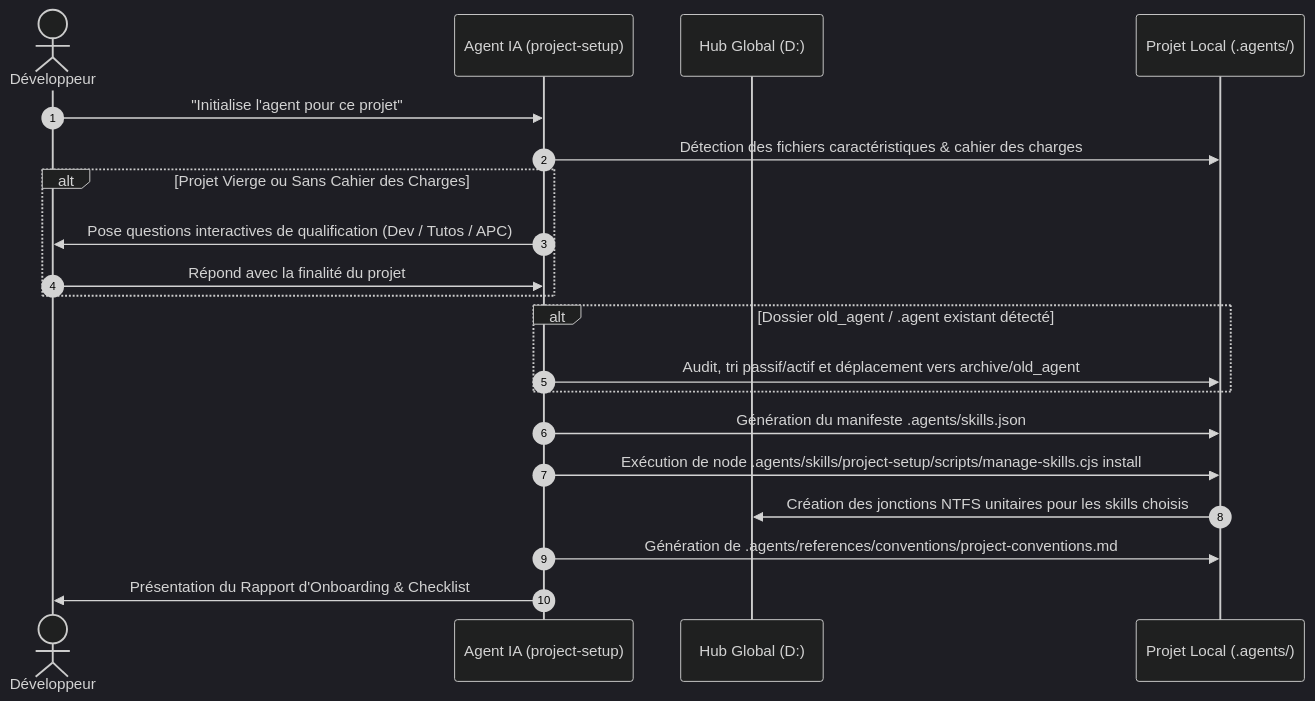
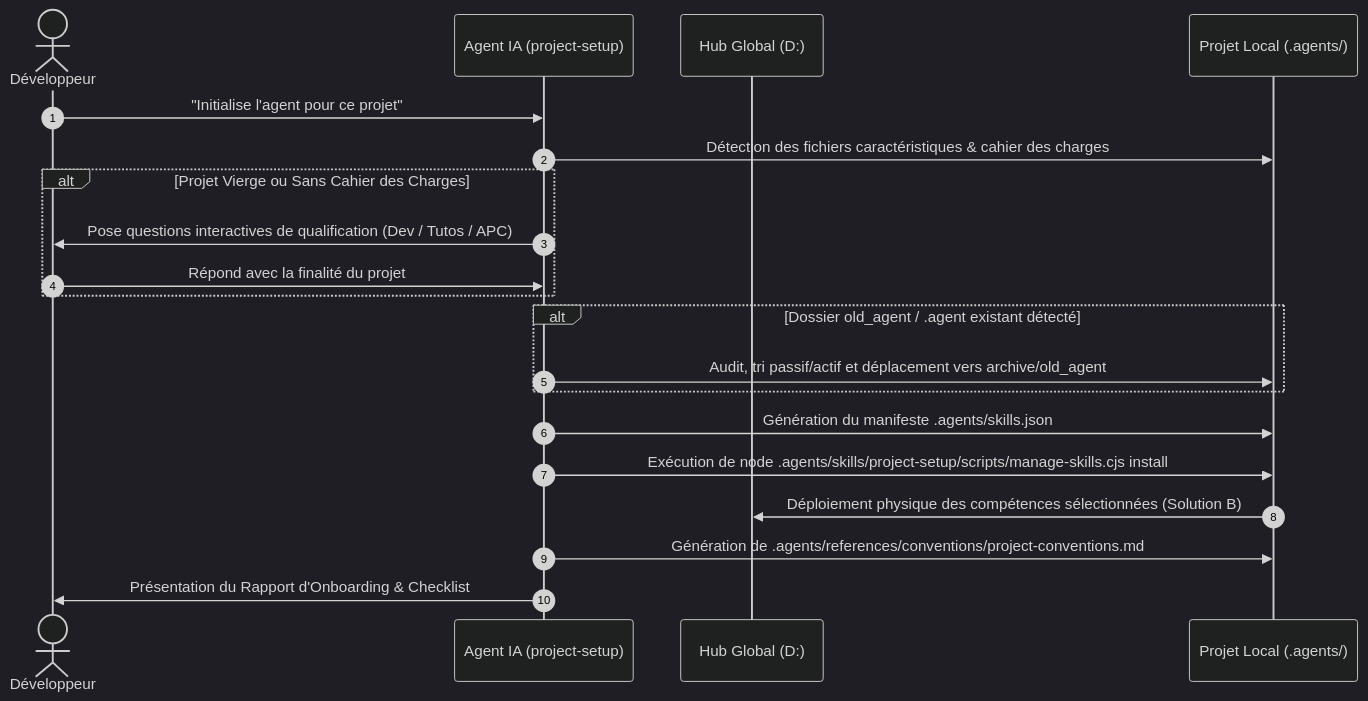
Before and after one commit to solicode-web-mobile/autoformations-web: the diagram in .agents/skills/project-setup/resources/onboarding-workflow.md, drawn with Mermaid (dark theme). The commit also changed other lines of this file and 6 other files, not shown here.

````diff
--- a/.agents/skills/project-setup/resources/onboarding-workflow.md
+++ b/.agents/skills/project-setup/resources/onboarding-workflow.md
@@ -54,23 +54,23 @@
 ```mermaid
 sequenceDiagram
     autonumber
     actor Dev as Développeur
     participant Agent as Agent IA (project-setup)
     participant Hub as Hub Global (D:)
     participant Local as Projet Local (.agents/)
 
     Dev->>Agent: "Initialise l'agent pour ce projet"
     Agent->>Local: Détection des fichiers caractéristiques & cahier des charges
     alt Projet Vierge ou Sans Cahier des Charges
         Agent->>Dev: Pose questions interactives de qualification (Dev / Tutos / APC)
         Dev->>Agent: Répond avec la finalité du projet
     end
     alt Dossier old_agent / .agent existant détecté
         Agent->>Local: Audit, tri passif/actif et déplacement vers archive/old_agent
     end
     Agent->>Local: Génération du manifeste .agents/skills.json
     Agent->>Local: Exécution de node .agents/skills/project-setup/scripts/manage-skills.cjs install
-    Local->>Hub: Création des jonctions NTFS unitaires pour les skills choisis
+    Local->>Hub: Déploiement physique des compétences sélectionnées (Solution B)
     Agent->>Local: Génération de .agents/references/conventions/project-conventions.md
     Agent->>Dev: Présentation du Rapport d'Onboarding & Checklist
 ```
````
